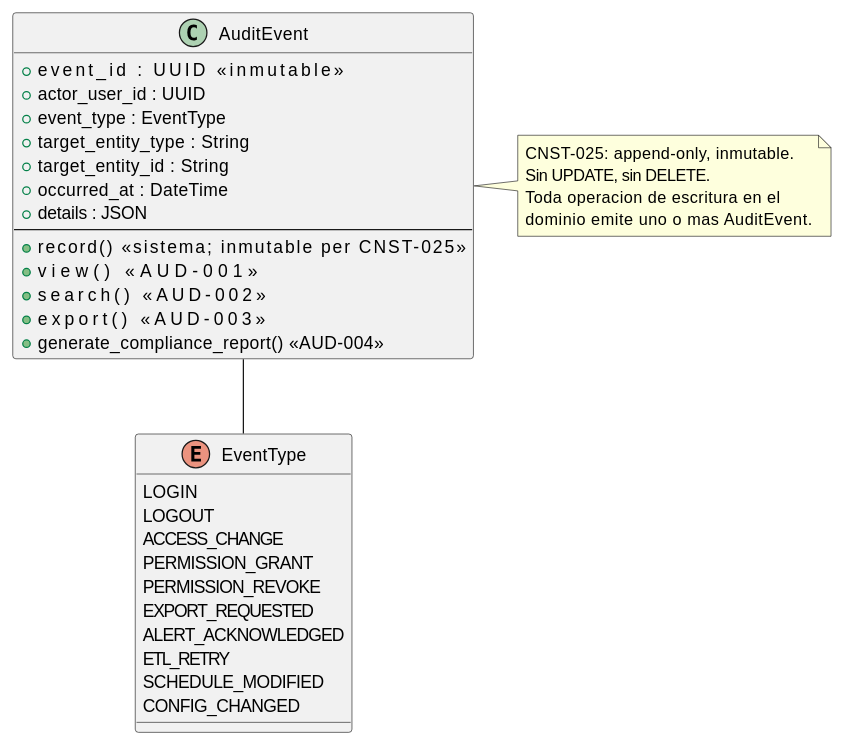
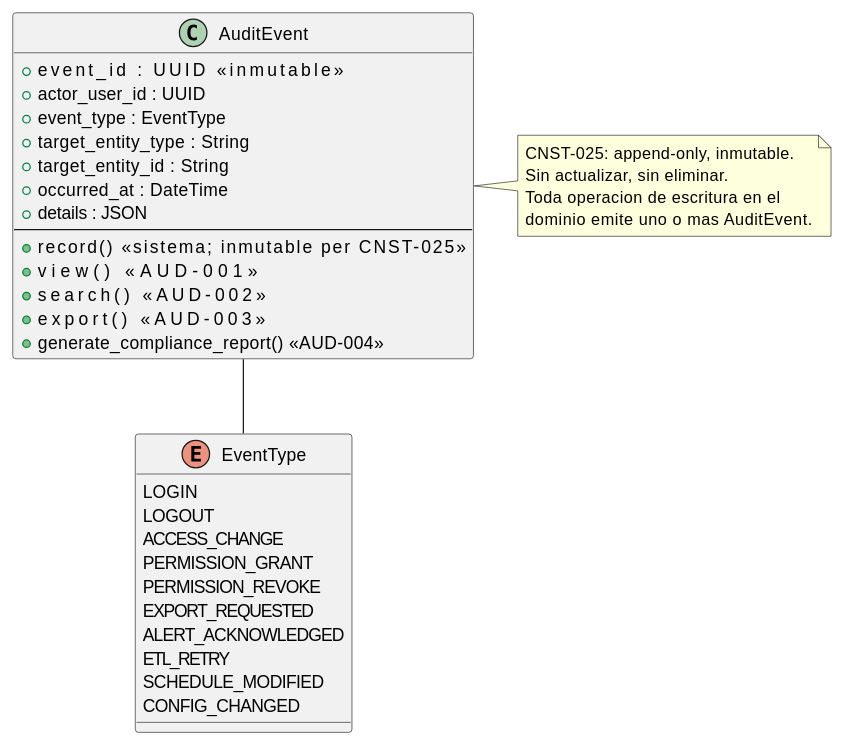
One commit to jcg-admin/IACT-docs changed the diagram in source/arquitectura-tecnica/BoundedContexts/bounded-context-audit.rst. Above: the diagram before and after it, drawn with PlantUML. The commit also changed 48 other files, not shown here.

```diff
--- a/source/arquitectura-tecnica/BoundedContexts/bounded-context-audit.rst
+++ b/source/arquitectura-tecnica/BoundedContexts/bounded-context-audit.rst
@@ -26,44 +26,44 @@
 .. uml::
  :caption: Bounded context Audit — registro inmutable de eventos.
 
  @startuml
 
  class AuditEvent {
    + event_id : UUID                 <<inmutable>>
    + actor_user_id : UUID
    + event_type : EventType
    + target_entity_type : String
    + target_entity_id : String
    + occurred_at : DateTime
    + details : JSON
    --
    + record()                <<sistema; inmutable per CNST-025>>
    + view()                  <<AUD-001>>
    + search()                <<AUD-002>>
    + export()                <<AUD-003>>
    + generate_compliance_report()  <<AUD-004>>
  }
 
  enum EventType {
    LOGIN
    LOGOUT
    ACCESS_CHANGE
    PERMISSION_GRANT
    PERMISSION_REVOKE
    EXPORT_REQUESTED
    ALERT_ACKNOWLEDGED
    ETL_RETRY
    SCHEDULE_MODIFIED
    CONFIG_CHANGED
  }
 
  AuditEvent -- EventType
 
  note right of AuditEvent
    CNST-025: append-only, inmutable.
-   Sin UPDATE, sin DELETE.
+   Sin actualizar, sin eliminar.
    Toda operacion de escritura en el
    dominio emite uno o mas AuditEvent.
  end note
 
  @enduml
```
